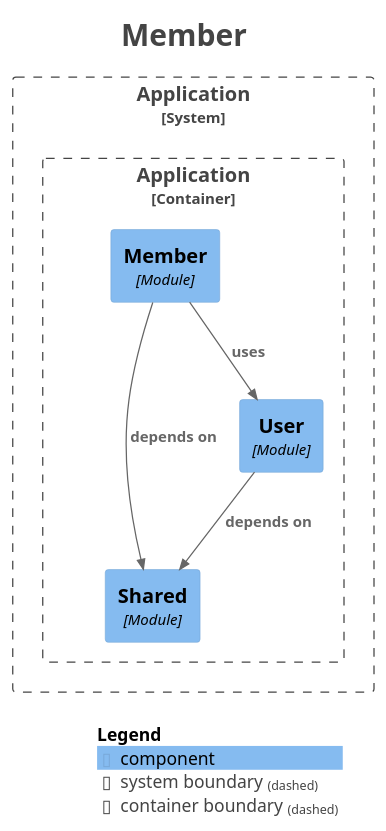
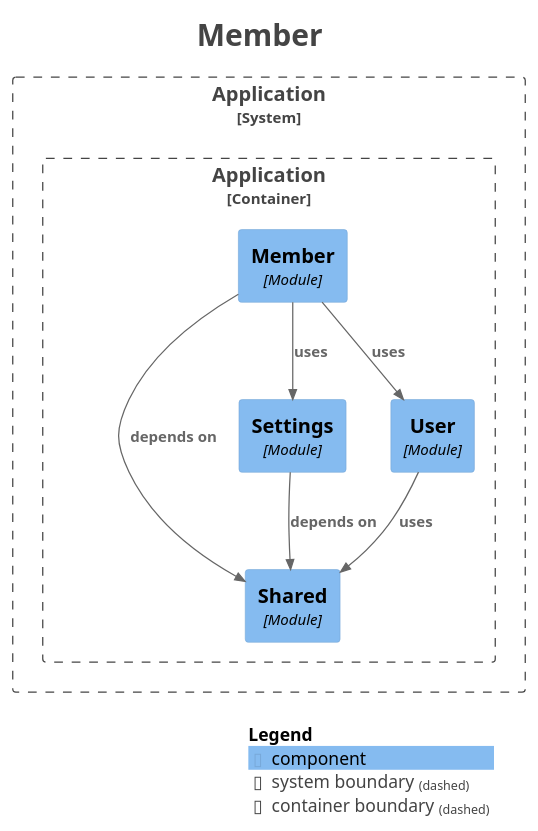
Before and after one commit to kanghouchao/Kizuna: the diagram in backend/docs/modulith/module-member.puml, drawn with PlantUML. The commit also changed 81 other files, not shown here.

```diff
--- a/backend/docs/modulith/module-member.puml
+++ b/backend/docs/modulith/module-member.puml
@@ -1,33 +1,36 @@
 @startuml
 title <size:24>Member</size>
 
 set separator none
 top to bottom direction
 
 <style>
   root {
     BackgroundColor: #ffffff
     FontColor: #444444
   }
 </style>
 
 !include <C4/C4>
 !include <C4/C4_Context>
 !include <C4/C4_Component>
 
 System_Boundary("Application_boundary", "Application", $tags="") {
   Container_Boundary("Application.Application_boundary", "Application", $tags="") {
     Component(Application.Application.Shared, "Shared", $techn="Module", $descr="", $tags="", $link="")
+    Component(Application.Application.Settings, "Settings", $techn="Module", $descr="", $tags="", $link="")
     Component(Application.Application.User, "User", $techn="Module", $descr="", $tags="", $link="")
     Component(Application.Application.Member, "Member", $techn="Module", $descr="", $tags="", $link="")
   }
 
 }
 
-Rel(Application.Application.User, Application.Application.Shared, "depends on", $techn="", $tags="", $link="")
 Rel(Application.Application.Member, Application.Application.Shared, "depends on", $techn="", $tags="", $link="")
+Rel(Application.Application.Member, Application.Application.Settings, "uses", $techn="", $tags="", $link="")
 Rel(Application.Application.Member, Application.Application.User, "uses", $techn="", $tags="", $link="")
+Rel(Application.Application.Settings, Application.Application.Shared, "depends on", $techn="", $tags="", $link="")
+Rel(Application.Application.User, Application.Application.Shared, "uses", $techn="", $tags="", $link="")
 
 SHOW_LEGEND(true)
 hide stereotypes
 @enduml
```
